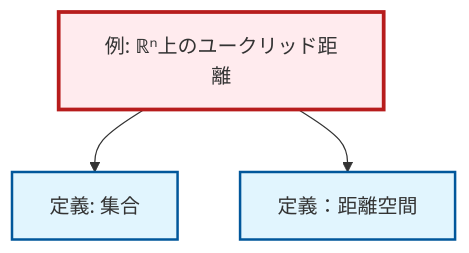
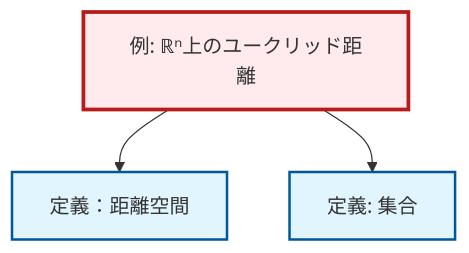
One commit to RK0429/ModernMath changed the diagram in content/ja/geometry/ex-euclidean-metric.qmd. Above: the diagram before and after it, drawn with Mermaid. The commit also changed other lines of this file and 1012 other files, not shown here.

````diff
--- a/content/ja/geometry/ex-euclidean-metric.qmd
+++ b/content/ja/geometry/ex-euclidean-metric.qmd
@@ -52,17 +52,17 @@
 ```{mermaid}
 %%| fig-cap: "Local dependency graph"
 graph TD
     classDef definition fill:#e1f5fe,stroke:#01579b,stroke-width:2px
     classDef theorem fill:#f3e5f5,stroke:#4a148c,stroke-width:2px
     classDef axiom fill:#fff3e0,stroke:#e65100,stroke-width:2px
     classDef example fill:#e8f5e9,stroke:#1b5e20,stroke-width:2px
     classDef current fill:#ffebee,stroke:#b71c1c,stroke-width:3px
+    def-set["定義: 集合"]:::definition
     def-metric-space["定義：距離空間"]:::definition
     ex-euclidean-metric["例: ℝⁿ上のユークリッド距離"]:::example
-    def-set["定義: 集合"]:::definition
+    ex-euclidean-metric --> def-metric-space
     ex-euclidean-metric --> def-set
-    ex-euclidean-metric --> def-metric-space
     class ex-euclidean-metric current
+    click def-set "def-set.html" "集合の定義へ"
     click def-metric-space "def-metric-space.html" "定義：距離空間へ"
-    click def-set "def-set.html" "集合の定義へ"
 ```
````
